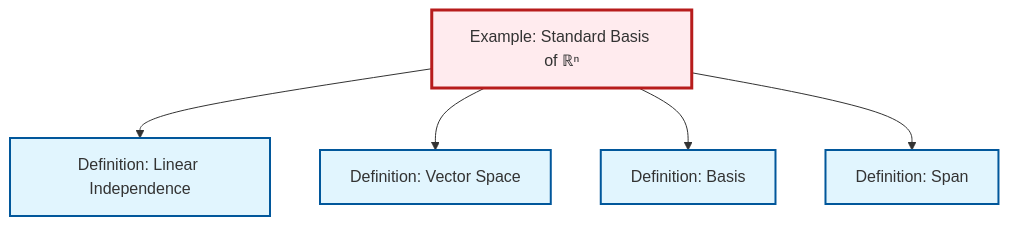
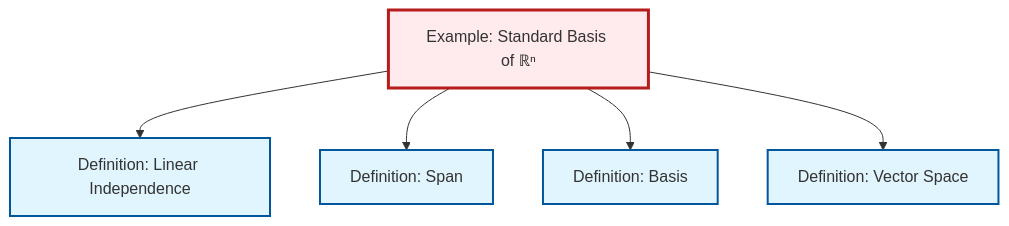
Before and after one commit to RK0429/ModernMath: the diagram in content/ja/algebra/ex-standard-basis-rn.qmd, drawn with Mermaid. The commit also changed other lines of this file and 531 other files, not shown here.

````diff
--- a/content/ja/algebra/ex-standard-basis-rn.qmd
+++ b/content/ja/algebra/ex-standard-basis-rn.qmd
@@ -63,23 +63,23 @@
 ```{mermaid}
 %%| fig-cap: "Local dependency graph"
 graph TD
     classDef definition fill:#e1f5fe,stroke:#01579b,stroke-width:2px
     classDef theorem fill:#f3e5f5,stroke:#4a148c,stroke-width:2px
     classDef axiom fill:#fff3e0,stroke:#e65100,stroke-width:2px
     classDef example fill:#e8f5e9,stroke:#1b5e20,stroke-width:2px
     classDef current fill:#ffebee,stroke:#b71c1c,stroke-width:3px
     ex-standard-basis-rn["Example: Standard Basis of ℝⁿ"]:::example
     def-vector-space["Definition: Vector Space"]:::definition
+    def-span["Definition: Span"]:::definition
+    def-linear-independence["Definition: Linear Independence"]:::definition
     def-basis["Definition: Basis"]:::definition
-    def-linear-independence["Definition: Linear Independence"]:::definition
-    def-span["Definition: Span"]:::definition
     ex-standard-basis-rn --> def-linear-independence
+    ex-standard-basis-rn --> def-span
+    ex-standard-basis-rn --> def-basis
     ex-standard-basis-rn --> def-vector-space
-    ex-standard-basis-rn --> def-basis
-    ex-standard-basis-rn --> def-span
     class ex-standard-basis-rn current
     click def-vector-space "def-vector-space.html" "Definition: Vector Spaceへ"
+    click def-span "def-span.html" "Definition: Spanへ"
+    click def-linear-independence "def-linear-independence.html" "Definition: Linear Independenceへ"
     click def-basis "def-basis.html" "Definition: Basisへ"
-    click def-linear-independence "def-linear-independence.html" "Definition: Linear Independenceへ"
-    click def-span "def-span.html" "Definition: Spanへ"
 ```
````
